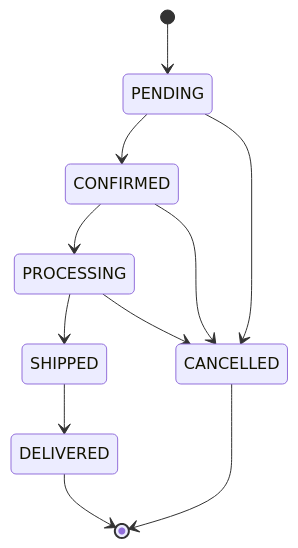
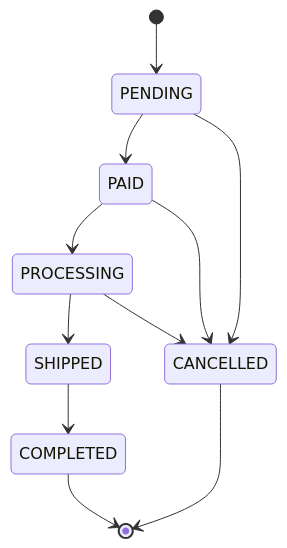
Before and after one commit to wilddog64/shopping-cart-order: the second of 3 diagrams in docs/architecture/README.md, drawn with Mermaid. The commit also changed other lines of this file, not shown here.

Commit message:
docs: fix Copilot findings — subgraph id conflict, correct status enum to PAID/COMPLETED, fix transitions

````diff
--- a/docs/architecture/README.md
+++ b/docs/architecture/README.md
@@ -78,13 +78,13 @@
 ```mermaid
 stateDiagram-v2
     [*] --> PENDING
-    PENDING --> CONFIRMED
-    CONFIRMED --> PROCESSING
+    PENDING --> PAID
+    PAID --> PROCESSING
     PROCESSING --> SHIPPED
-    SHIPPED --> DELIVERED
+    SHIPPED --> COMPLETED
     PENDING --> CANCELLED
-    CONFIRMED --> CANCELLED
+    PAID --> CANCELLED
     PROCESSING --> CANCELLED
-    DELIVERED --> [*]
+    COMPLETED --> [*]
     CANCELLED --> [*]
 ```
````
